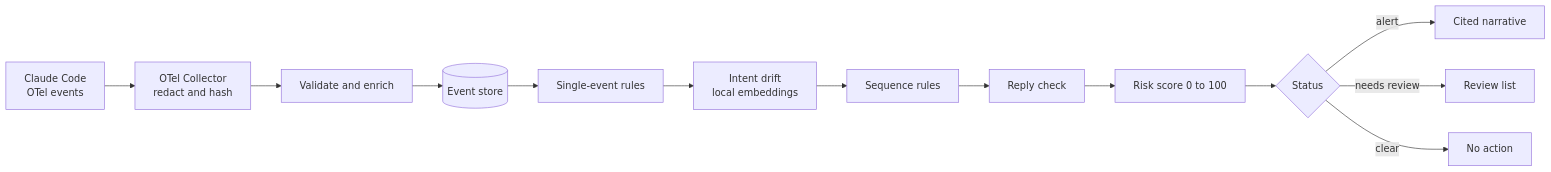
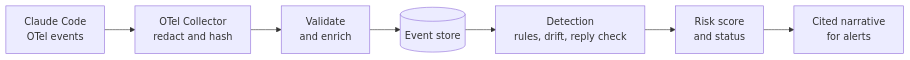
One commit to ranjitharaj12/AgentTrail changed the diagram in docs/PRD.md. Above: the diagram before and after it, drawn with Mermaid. The commit also changed other lines of this file and 1 other file, not shown here.

````diff
--- a/docs/PRD.md
+++ b/docs/PRD.md
@@ -85,15 +85,9 @@
 ```mermaid
 flowchart LR
   A[Claude Code<br/>OTel events] --> B[OTel Collector<br/>redact and hash]
-  B --> C[Validate and enrich]
+  B --> C[Validate<br/>and enrich]
   C --> D[(Event store)]
-  D --> E[Single-event rules]
-  E --> F[Intent drift<br/>local embeddings]
-  F --> G[Sequence rules]
-  G --> H[Reply check]
-  H --> I[Risk score 0 to 100]
-  I --> J{Status}
-  J -->|alert| K[Cited narrative]
-  J -->|needs review| L[Review list]
-  J -->|clear| M[No action]
+  D --> E[Detection<br/>rules, drift, reply check]
+  E --> F[Risk score<br/>and status]
+  F --> G[Cited narrative<br/>for alerts]
 ```
````
